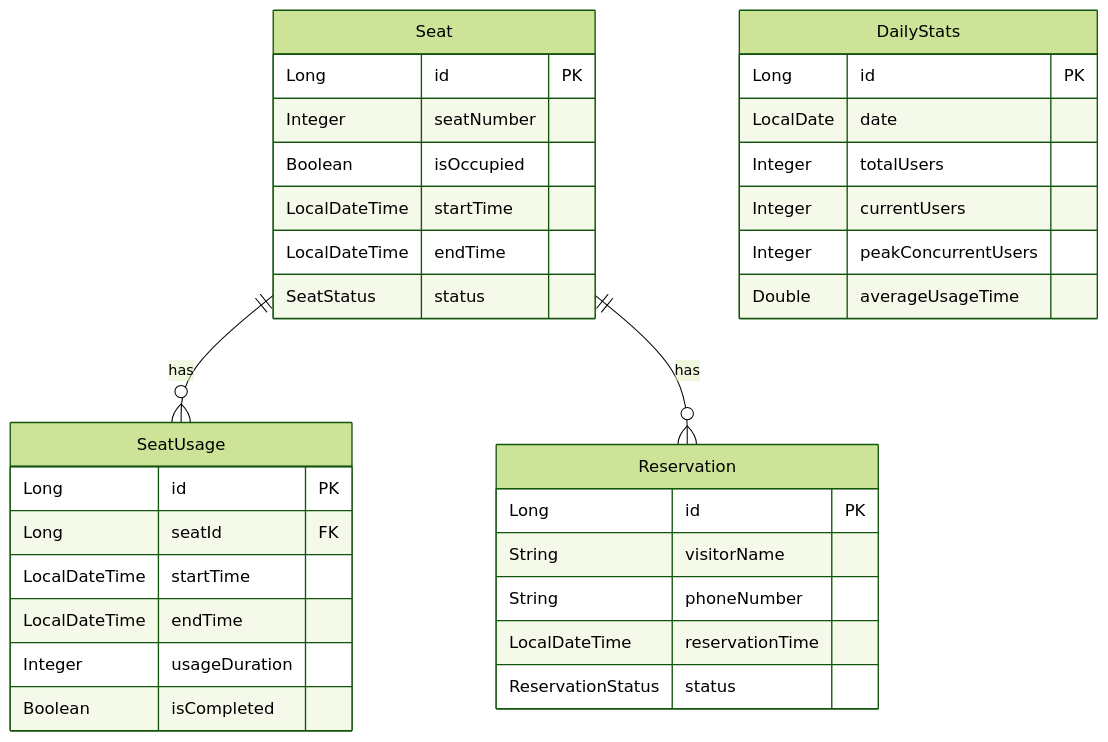
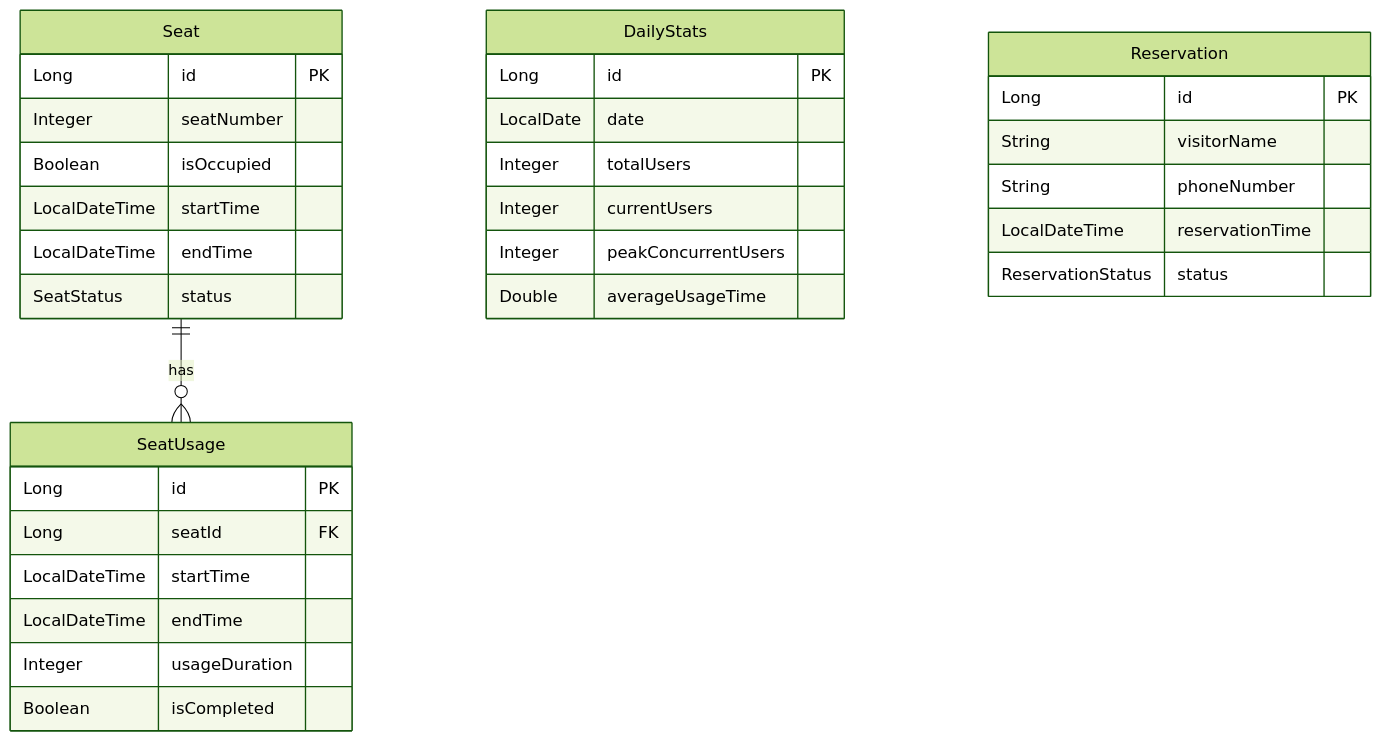
The diagram in README.md (afteryoon/cwave_Nintendo), drawn with Mermaid (forest theme) before and after one commit.

````diff
--- a/README.md
+++ b/README.md
@@ -61,40 +61,39 @@
 ```mermaid
 erDiagram
    Seat ||--o{ SeatUsage : has
-   Seat ||--o{ Reservation : has
 
    Seat {
        Long id PK
        Integer seatNumber
        Boolean isOccupied
        LocalDateTime startTime
        LocalDateTime endTime
        SeatStatus status
    }
 
    SeatUsage {
        Long id PK
        Long seatId FK
        LocalDateTime startTime
        LocalDateTime endTime
        Integer usageDuration
        Boolean isCompleted
    }
 
    DailyStats {
        Long id PK
        LocalDate date
        Integer totalUsers
        Integer currentUsers
        Integer peakConcurrentUsers
        Double averageUsageTime
    }
 
    Reservation {
        Long id PK
        String visitorName
        String phoneNumber
        LocalDateTime reservationTime
        ReservationStatus status
    }
 ```
````
